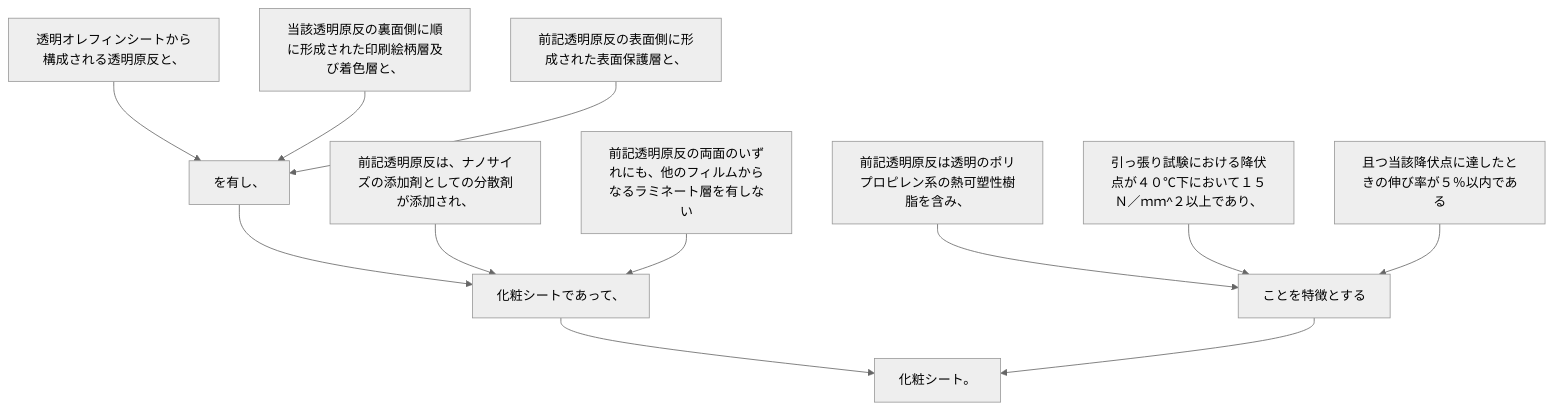
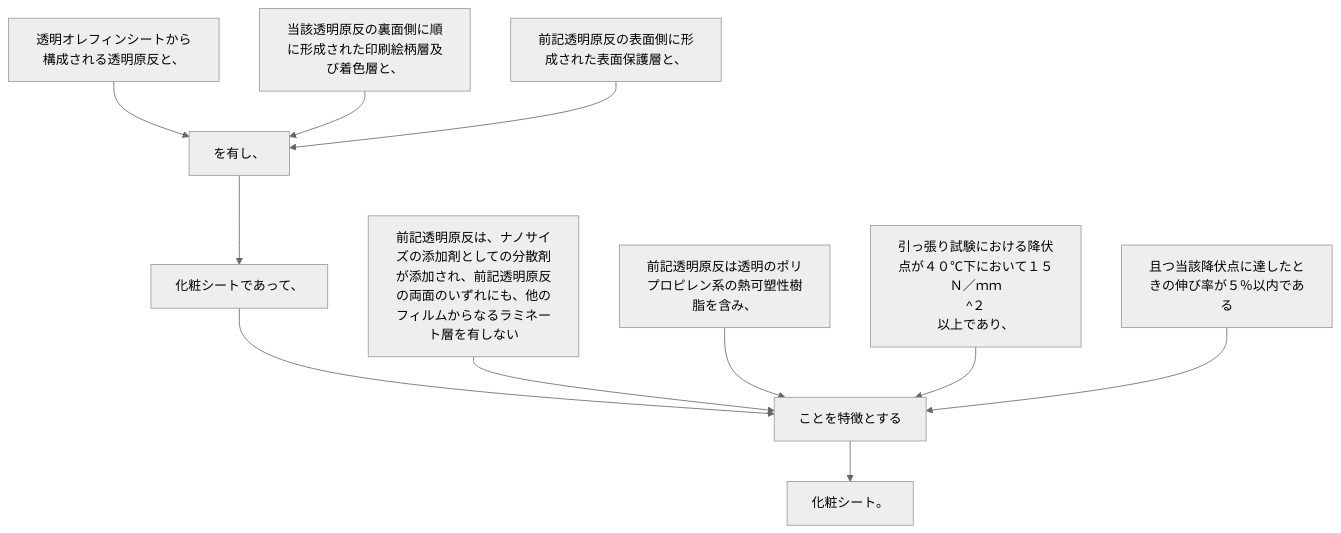
Before and after one commit to shinmori55/patent_analyzed: the diagram in 2024/JP2024006643A/claim_1/README.md, drawn with Mermaid (neutral theme). The commit also changed 336 other files, not shown here.

````diff
--- a/2024/JP2024006643A/claim_1/README.md
+++ b/2024/JP2024006643A/claim_1/README.md
@@ -8,26 +8,26 @@
 ```mermaid
 flowchart TD
 A[透明オレフィンシートから構成される透明原反と、]
 B[当該透明原反の裏面側に順に形成された印刷絵柄層及び着色層と、]
 C[前記透明原反の表面側に形成された表面保護層と、]
 D[を有し、]
-E[前記透明原反は、ナノサイズの添加剤としての分散剤が添加され、]
-F[前記透明原反の両面のいずれにも、他のフィルムからなるラミネート層を有しない]
-G[化粧シートであって、]
-H[前記透明原反は透明のポリプロピレン系の熱可塑性樹脂を含み、]
-I[引っ張り試験における降伏点が４０℃下において１５Ｎ／ｍｍ^２以上であり、]
-J[且つ当該降伏点に達したときの伸び率が５％以内である]
-K[ことを特徴とする]
-L[化粧シート。]
+E[前記透明原反は、ナノサイズの添加剤としての分散剤が添加され、前記透明原反の両面のいずれにも、他のフィルムからなるラミネート層を有しない]
+F[化粧シートであって、]
+G[前記透明原反は透明のポリプロピレン系の熱可塑性樹脂を含み、]
+H[引っ張り試験における降伏点が４０℃下において１５Ｎ／ｍｍ
+^２
+以上であり、]
+I[且つ当該降伏点に達したときの伸び率が５％以内である]
+J[ことを特徴とする]
+K[化粧シート。]
 A --> D
 B --> D
 C --> D
-D --> G
-E --> G
-F --> G
-G --> L
-H --> K
-I --> K
+D --> F
+F --> J
+E --> J
+G --> J
+H --> J
+I --> J
 J --> K
-K --> L
 ```
````
